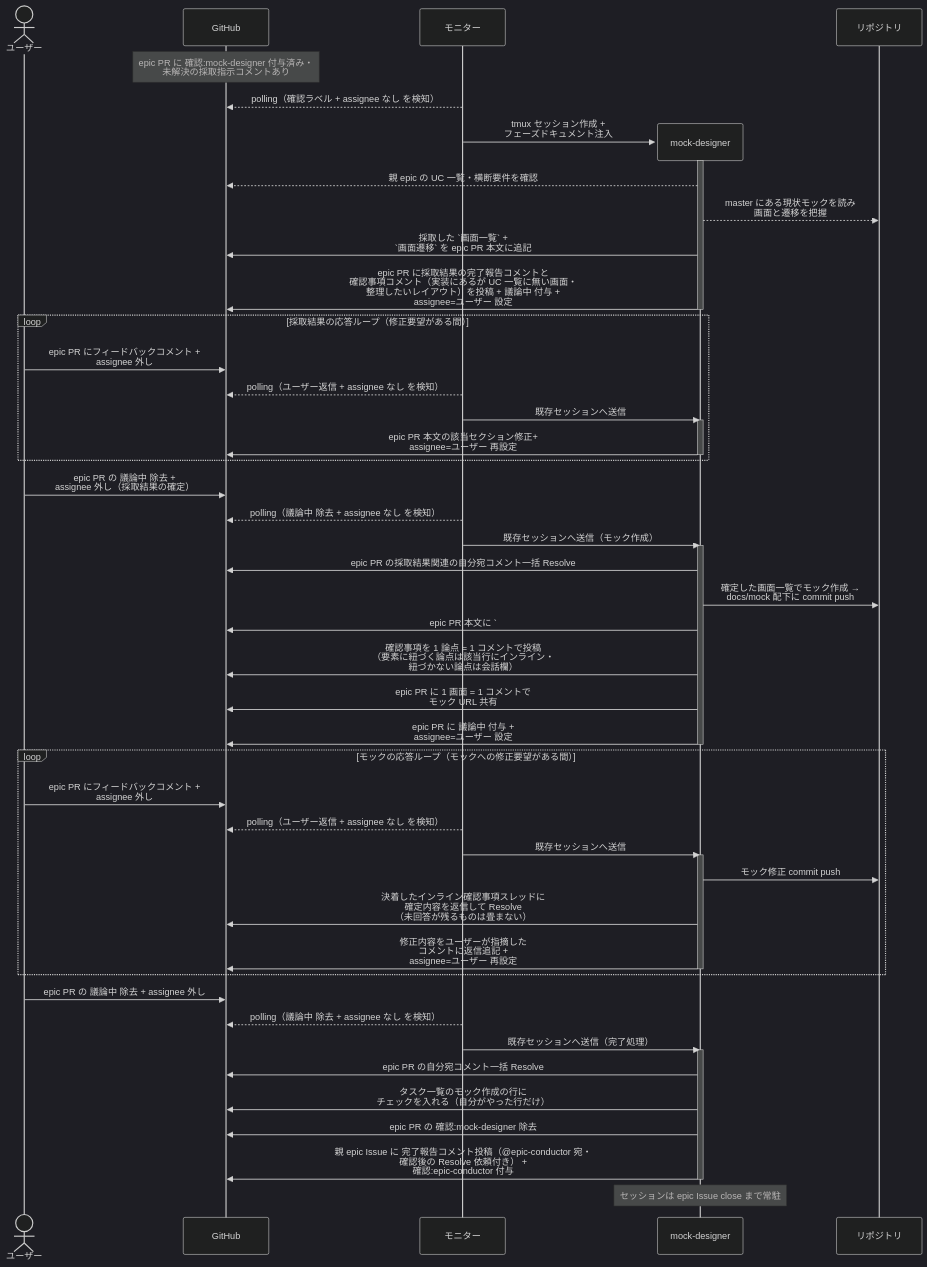
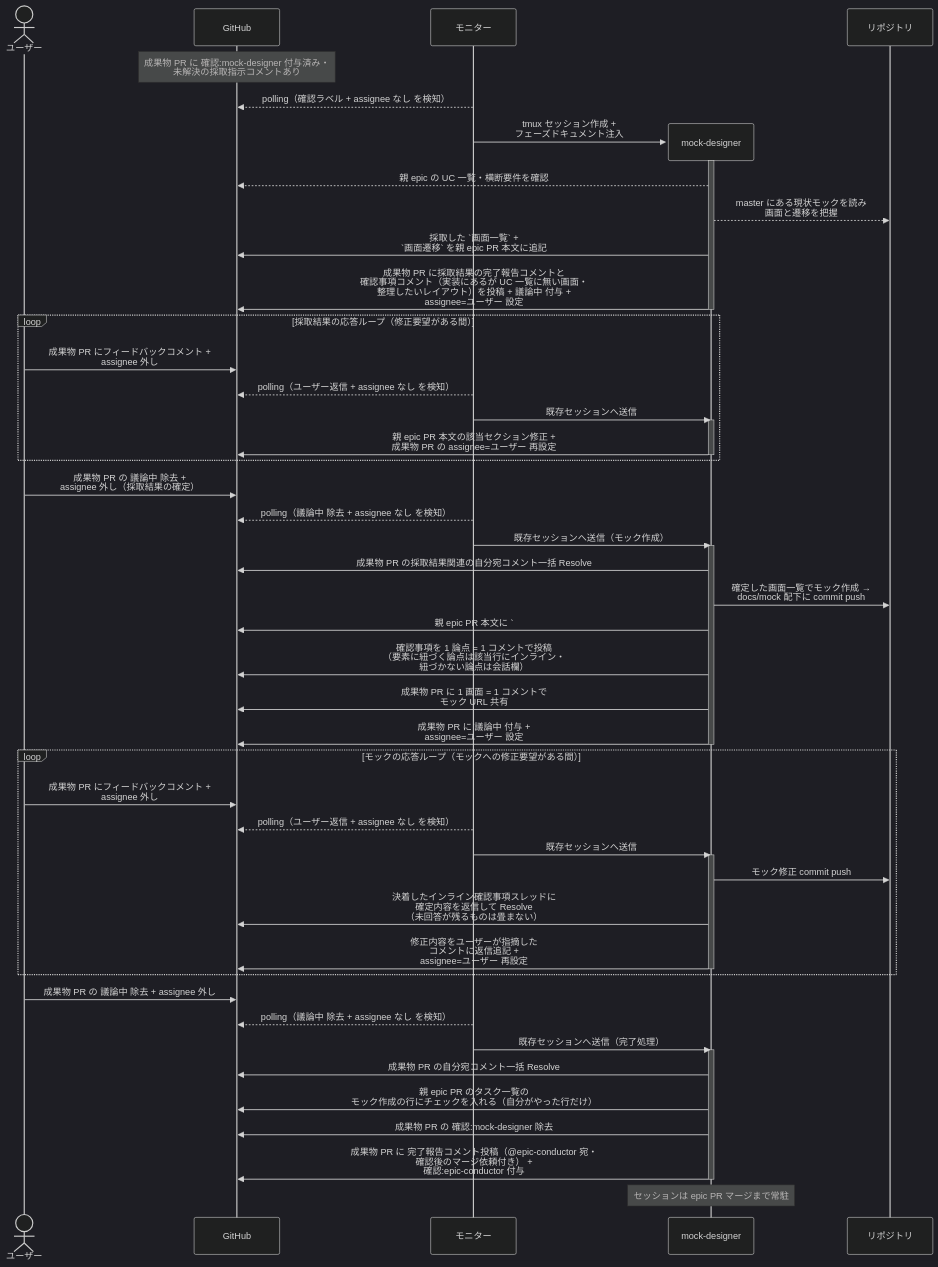
The second of 2 diagrams in docs/wiki/設計図/シナリオ/単一ユースケース/全体UI設計.md (shuhei1101/ai-monitor), drawn with Mermaid (dark theme) before and after one commit. The commit also changed other lines of this file and 256 other files, not shown here.

````diff
--- a/docs/wiki/設計図/シナリオ/単一ユースケース/全体UI設計.md
+++ b/docs/wiki/設計図/シナリオ/単一ユースケース/全体UI設計.md
@@ -112,61 +114,61 @@
 ```mermaid
 sequenceDiagram
   actor U as ユーザー
   participant GH as GitHub
   participant ORC as モニター
 
-  Note over GH: epic PR に 確認:mock-designer 付与済み・<br>未解決の採取指示コメントあり
+  Note over GH: 成果物 PR に 確認:mock-designer 付与済み・<br>未解決の採取指示コメントあり
   ORC-->>GH: polling（確認ラベル + assignee なし を検知）
   create participant MON as mock-designer
   ORC->>MON: tmux セッション作成 +<br>フェーズドキュメント注入
   participant REPO as リポジトリ
   activate MON
   MON-->>GH: 親 epic の UC 一覧・横断要件を確認
   MON-->>REPO: master にある現状モックを読み<br>画面と遷移を把握
-  MON->>GH: 採取した `画面一覧` +<br>`画面遷移` を epic PR 本文に追記
-  MON->>GH: epic PR に採取結果の完了報告コメントと<br>確認事項コメント（実装にあるが UC 一覧に無い画面・<br>整理したいレイアウト）を投稿 + 議論中 付与 +<br>assignee=ユーザー 設定
+  MON->>GH: 採取した `画面一覧` +<br>`画面遷移` を親 epic PR 本文に追記
+  MON->>GH: 成果物 PR に採取結果の完了報告コメントと<br>確認事項コメント（実装にあるが UC 一覧に無い画面・<br>整理したいレイアウト）を投稿 + 議論中 付与 +<br>assignee=ユーザー 設定
   deactivate MON
 
   loop 採取結果の応答ループ（修正要望がある間）
-    U->>GH: epic PR にフィードバックコメント +<br>assignee 外し
+    U->>GH: 成果物 PR にフィードバックコメント +<br>assignee 外し
     ORC-->>GH: polling（ユーザー返信 + assignee なし を検知）
     ORC->>MON: 既存セッションへ送信
     activate MON
-    MON->>GH: epic PR 本文の該当セクション修正+<br>assignee=ユーザー 再設定
+    MON->>GH: 親 epic PR 本文の該当セクション修正 +<br>成果物 PR の assignee=ユーザー 再設定
     deactivate MON
   end
 
-  U->>GH: epic PR の 議論中 除去 +<br>assignee 外し（採取結果の確定）
+  U->>GH: 成果物 PR の 議論中 除去 +<br>assignee 外し（採取結果の確定）
   ORC-->>GH: polling（議論中 除去 + assignee なし を検知）
   ORC->>MON: 既存セッションへ送信（モック作成）
   activate MON
-  MON->>GH: epic PR の採取結果関連の自分宛コメント一括 Resolve
+  MON->>GH: 成果物 PR の採取結果関連の自分宛コメント一括 Resolve
   MON->>REPO: 確定した画面一覧でモック作成 →<br>docs/mock 配下に commit push
-  MON->>GH: epic PR 本文に `### モック`（画面ごとの URL 一覧）を追記
+  MON->>GH: 親 epic PR 本文に `### モック`（画面ごとの URL 一覧）を追記
   MON->>GH: 確認事項を 1 論点 = 1 コメントで投稿<br>（要素に紐づく論点は該当行にインライン・<br>紐づかない論点は会話欄）
-  MON->>GH: epic PR に 1 画面 = 1 コメントで<br>モック URL 共有
-  MON->>GH: epic PR に 議論中 付与 +<br>assignee=ユーザー 設定
+  MON->>GH: 成果物 PR に 1 画面 = 1 コメントで<br>モック URL 共有
+  MON->>GH: 成果物 PR に 議論中 付与 +<br>assignee=ユーザー 設定
   deactivate MON
 
   loop モックの応答ループ（モックへの修正要望がある間）
-    U->>GH: epic PR にフィードバックコメント +<br>assignee 外し
+    U->>GH: 成果物 PR にフィードバックコメント +<br>assignee 外し
     ORC-->>GH: polling（ユーザー返信 + assignee なし を検知）
     ORC->>MON: 既存セッションへ送信
     activate MON
     MON->>REPO: モック修正 commit push
     MON->>GH: 決着したインライン確認事項スレッドに<br>確定内容を返信して Resolve<br>（未回答が残るものは畳まない）
     MON->>GH: 修正内容をユーザーが指摘した<br>コメントに返信追記 +<br>assignee=ユーザー 再設定
     deactivate MON
   end
 
-  U->>GH: epic PR の 議論中 除去 + assignee 外し
+  U->>GH: 成果物 PR の 議論中 除去 + assignee 外し
   ORC-->>GH: polling（議論中 除去 + assignee なし を検知）
   ORC->>MON: 既存セッションへ送信（完了処理）
   activate MON
-  MON->>GH: epic PR の自分宛コメント一括 Resolve
-  MON->>GH: タスク一覧のモック作成の行に<br>チェックを入れる（自分がやった行だけ）
-  MON->>GH: epic PR の 確認:mock-designer 除去
-  MON->>GH: 親 epic Issue に 完了報告コメント投稿（@epic-conductor 宛・<br>確認後の Resolve 依頼付き） +<br>確認:epic-conductor 付与
+  MON->>GH: 成果物 PR の自分宛コメント一括 Resolve
+  MON->>GH: 親 epic PR のタスク一覧の<br>モック作成の行にチェックを入れる（自分がやった行だけ）
+  MON->>GH: 成果物 PR の 確認:mock-designer 除去
+  MON->>GH: 成果物 PR に 完了報告コメント投稿（@epic-conductor 宛・<br>確認後のマージ依頼付き） +<br>確認:epic-conductor 付与
   deactivate MON
-  Note over MON: セッションは epic Issue close まで常駐
+  Note over MON: セッションは epic PR マージまで常駐
 ```
````
